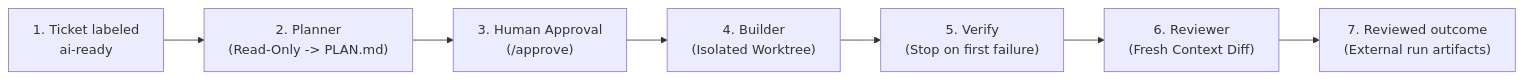
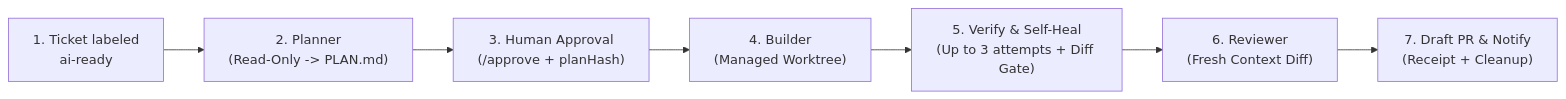
One commit to islam-kamel/software_factory changed the diagram in README.md. Above: the diagram before and after it, drawn with Mermaid. The commit also changed 5 other files, not shown here.

````diff
--- a/README.md
+++ b/README.md
@@ -19,9 +19,9 @@
 ```mermaid
 flowchart LR
     T["1. Ticket labeled<br/>ai-ready"] --> P["2. Planner<br/>(Read-Only -> PLAN.md)"]
-    P --> H["3. Human Approval<br/>(/approve)"]
-    H --> B["4. Builder<br/>(Isolated Worktree)"]
-    B --> V["5. Verify<br/>(Stop on first failure)"]
+    P --> H["3. Human Approval<br/>(/approve + planHash)"]
+    H --> B["4. Builder<br/>(Managed Worktree)"]
+    B --> V["5. Verify & Self-Heal<br/>(Up to 3 attempts + Diff Gate)"]
     V --> R["6. Reviewer<br/>(Fresh Context Diff)"]
-    R --> D["7. Reviewed outcome<br/>(External run artifacts)"]
+    R --> D["7. Draft PR & Notify<br/>(Receipt + Cleanup)"]
 ```
````
